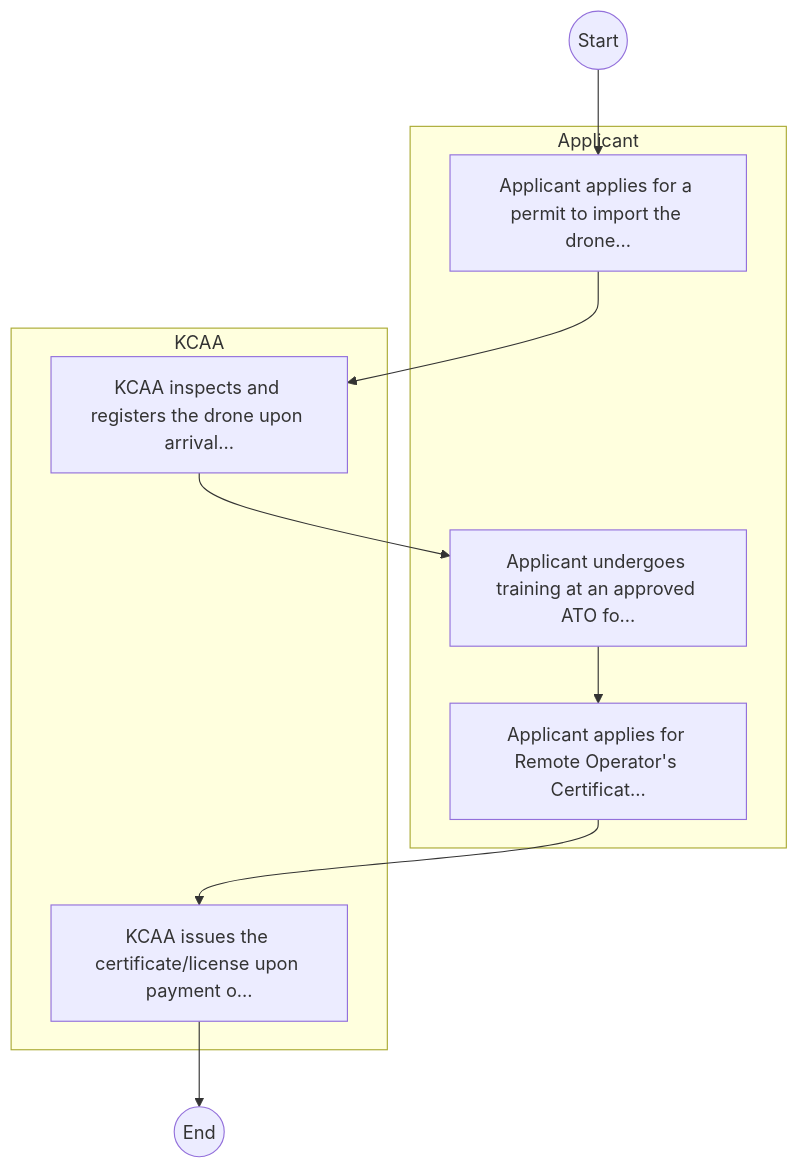
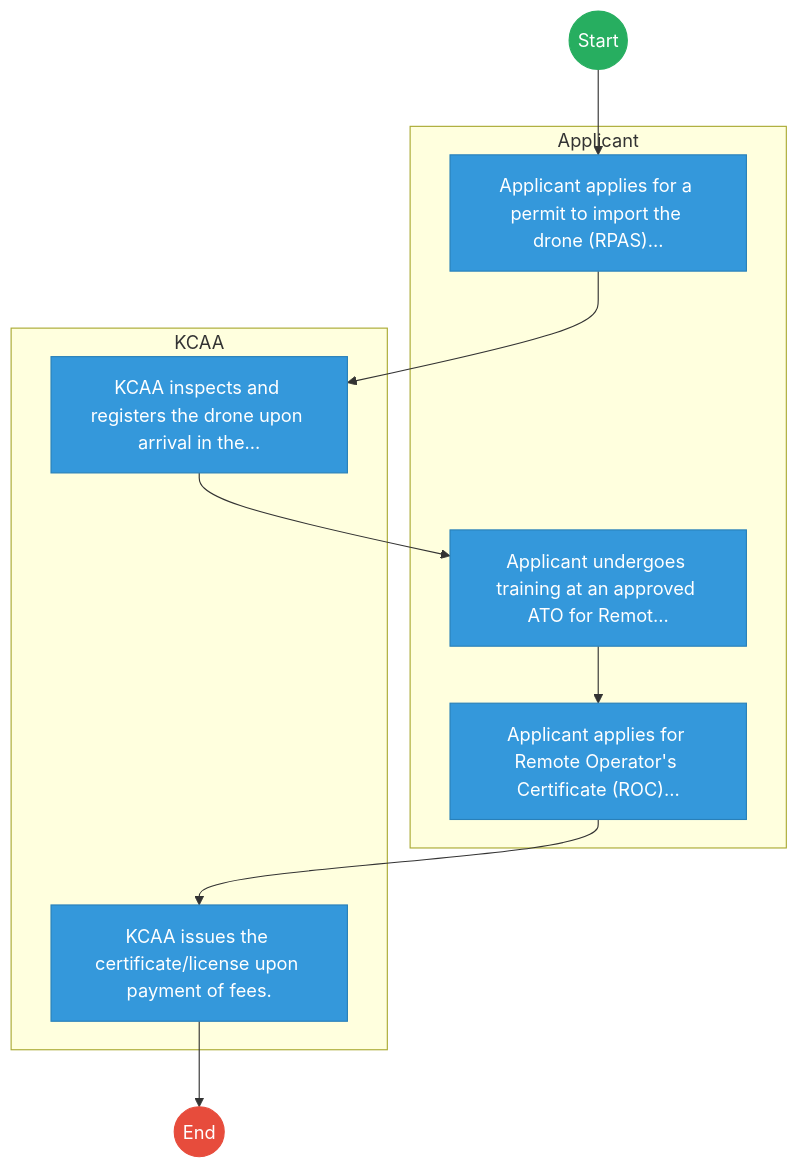
One commit to BITZ-IT-Consulting-LTD/ictapoc changed the first of 2 diagrams in mdas/docs_final/Kenya_Civil_Aviation_Authority___Service_Delivery.md. Above: the diagram before and after it, drawn with Mermaid. The commit also changed other lines of this file and 461 other files, not shown here.

````diff
--- a/mdas/docs_final/Kenya_Civil_Aviation_Authority___Service_Delivery.md
+++ b/mdas/docs_final/Kenya_Civil_Aviation_Authority___Service_Delivery.md
@@ -20,18 +20,29 @@
 ```mermaid
 graph TD
     Start((Start)) --> S1
+
     subgraph Applicant [Applicant]
-        S1["Applicant applies for a permit to import the drone..."]
-        S3["Applicant undergoes training at an approved ATO fo..."]
-        S4["Applicant applies for Remote Operator's Certificat..."]
+        S1["Applicant applies for a permit to import the drone (RPAS)..."]
+        S3["Applicant undergoes training at an approved ATO for Remot..."]
+        S4["Applicant applies for Remote Operator's Certificate (ROC)..."]
     end
+
     subgraph KCAA [KCAA]
-        S2["KCAA inspects and registers the drone upon arrival..."]
-        S5["KCAA issues the certificate/license upon payment o..."]
+        S2["KCAA inspects and registers the drone upon arrival in the..."]
+        S5["KCAA issues the certificate/license upon payment of fees."]
     end
     S1 --> S2
     S2 --> S3
     S3 --> S4
     S4 --> S5
     S5 --> End((End))
+
+    classDef start fill:#27ae60,stroke:#27ae60,color:#fff;
+    classDef endNode fill:#e74c3c,stroke:#e74c3c,color:#fff;
+    classDef userTask fill:#3498db,stroke:#2980b9,color:#fff;
+    classDef serviceTask fill:#9b59b6,stroke:#8e44ad,color:#fff;
+
+    class Start start;
+    class End endNode;
+    class S1,S2,S3,S4,S5 userTask;
 ```
````
